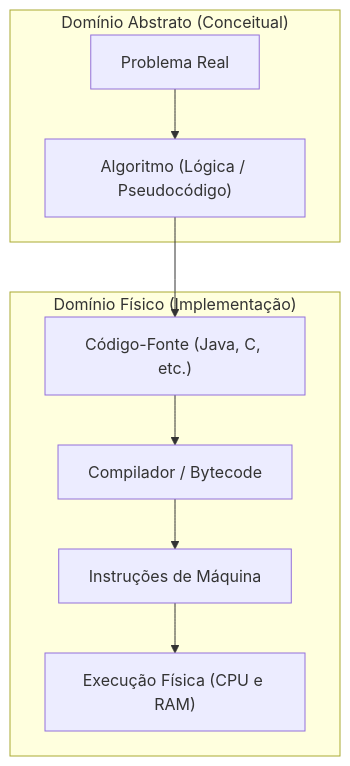
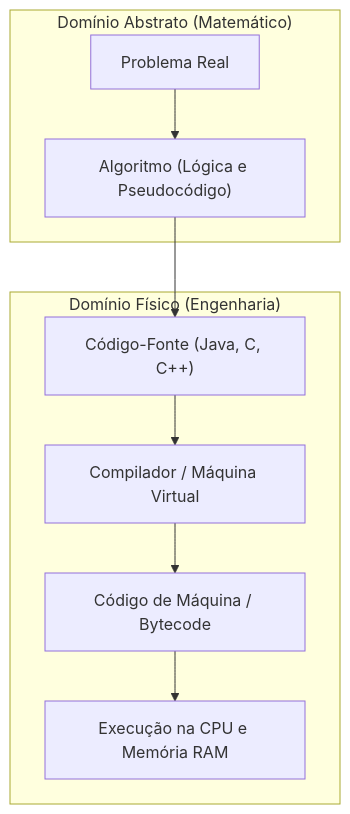
The third of 26 diagrams in 4º Semestre/[Prof. Wesley Soares] Estrutura de Dados I/Resumos-IA/Simulados-Comentados.md (murilolol/unifef), drawn with Mermaid before and after one commit. The commit also changed other lines of this file and 58 other files, not shown here.

````diff
--- a/4º Semestre/[Prof. Wesley Soares] Estrutura de Dados I/Resumos-IA/Simulados-Comentados.md
+++ b/4º Semestre/[Prof. Wesley Soares] Estrutura de Dados I/Resumos-IA/Simulados-Comentados.md
@@ -283,12 +211,12 @@
 ```mermaid
 flowchart TD
-  subgraph DominioAbstrato["Domínio Abstrato (Conceitual)"]
-    Problema["Problema Real"] --> Algoritmo["Algoritmo (Lógica / Pseudocódigo)"]
-  end
-  subgraph DominioConcreto["Domínio Físico (Implementação)"]
-    Algoritmo --> CodigoFonte["Código-Fonte (Java, C, etc.)"]
-    CodigoFonte --> Compilador["Compilador / Bytecode"]
-    Compilador --> Binario["Instruções de Máquina"]
-    Binario --> Hardware["Execução Física (CPU e RAM)"]
-  end
+    subgraph DominioLogico["Domínio Abstrato (Matemático)"]
+        Prob["Problema Real"] --> Alg["Algoritmo (Lógica e Pseudocódigo)"]
+    end
+    subgraph DominioConcreto["Domínio Físico (Engenharia)"]
+        Alg --> Cod["Código-Fonte (Java, C, C++)"]
+        Cod --> Comp["Compilador / Máquina Virtual"]
+        Comp --> Bytecode["Código de Máquina / Bytecode"]
+        Bytecode --> HW["Execução na CPU e Memória RAM"]
+    end
 ```
````
